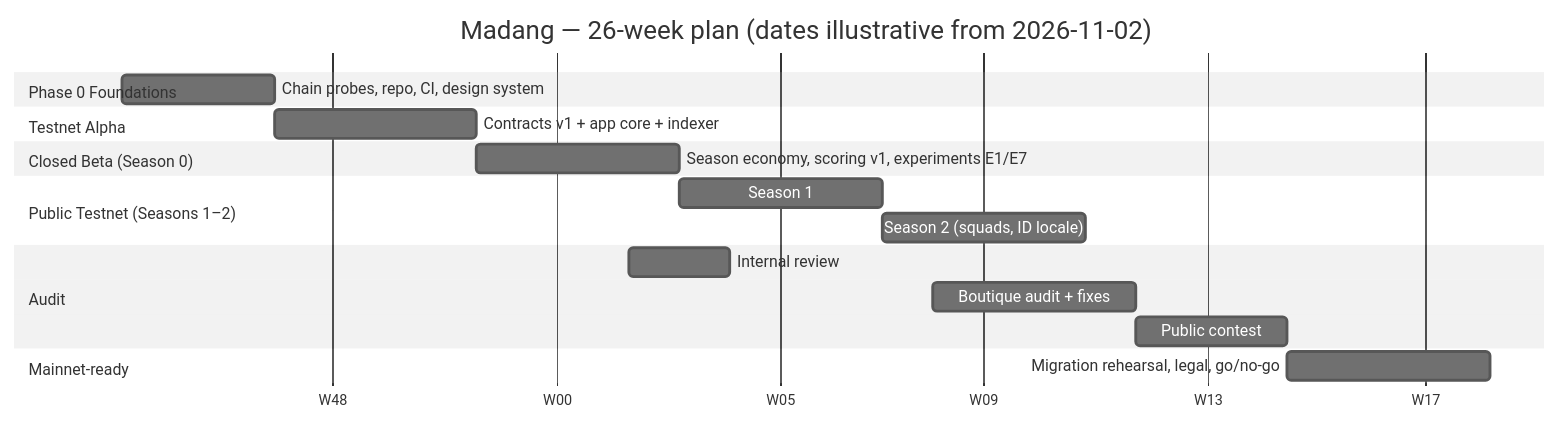
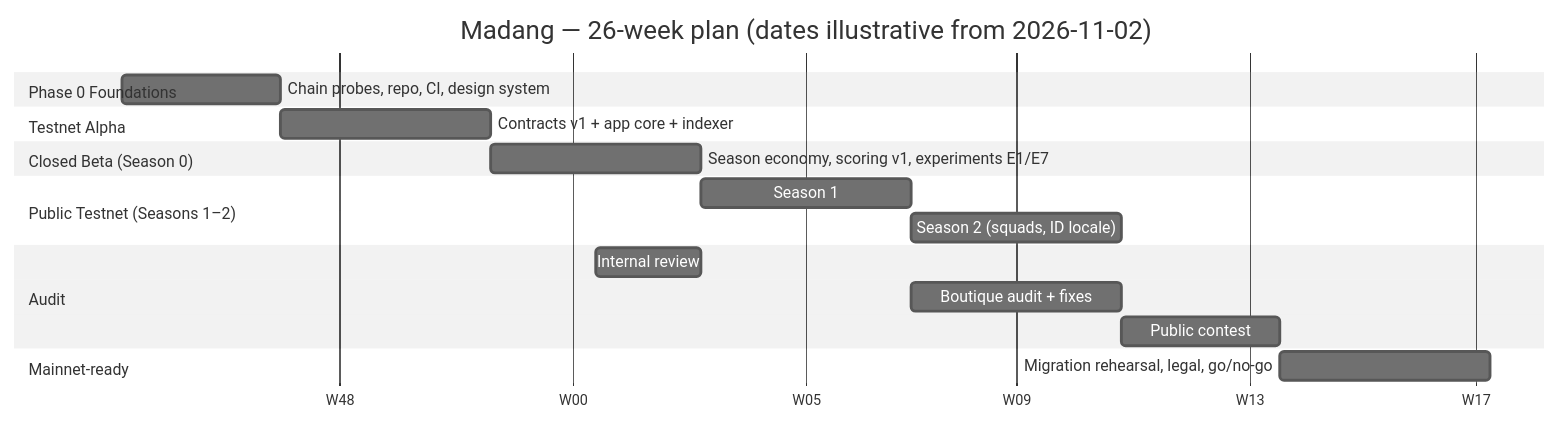
Before and after one commit to faznode/jogiwa: the diagram in giwa-launchpad-research/09-masterplan/11-roadmap.md, drawn with Mermaid (neutral theme). The commit also changed 1342 other files, not shown here.

````diff
--- a/giwa-launchpad-research/09-masterplan/11-roadmap.md
+++ b/giwa-launchpad-research/09-masterplan/11-roadmap.md
@@ -7,21 +7,21 @@
 ```mermaid
 gantt
   dateFormat  YYYY-MM-DD
   axisFormat  W%W
   title Madang — 26-week plan (dates illustrative from 2026-11-02)
   section Phase 0 Foundations
   Chain probes, repo, CI, design system        :p0, 2026-11-02, 21d
   section Testnet Alpha
   Contracts v1 + app core + indexer           :a1, after p0, 28d
   section Closed Beta (Season 0)
   Season economy, scoring v1, experiments E1/E7:b1, after a1, 28d
   section Public Testnet (Seasons 1–2)
   Season 1                                     :s1, after b1, 28d
   Season 2 (squads, ID locale)                 :s2, after s1, 28d
   section Audit
-  Internal review                              :au0, 2027-01-11, 14d
-  Boutique audit + fixes                       :au1, 2027-02-22, 28d
+  Internal review                              :au0, 2027-01-04, 14d
+  Boutique audit + fixes                       :au1, 2027-02-15, 28d
   Public contest                               :au2, after au1, 21d
   section Mainnet-ready
   Migration rehearsal, legal, go/no-go         :m1, after au2, 28d
 ```
````
